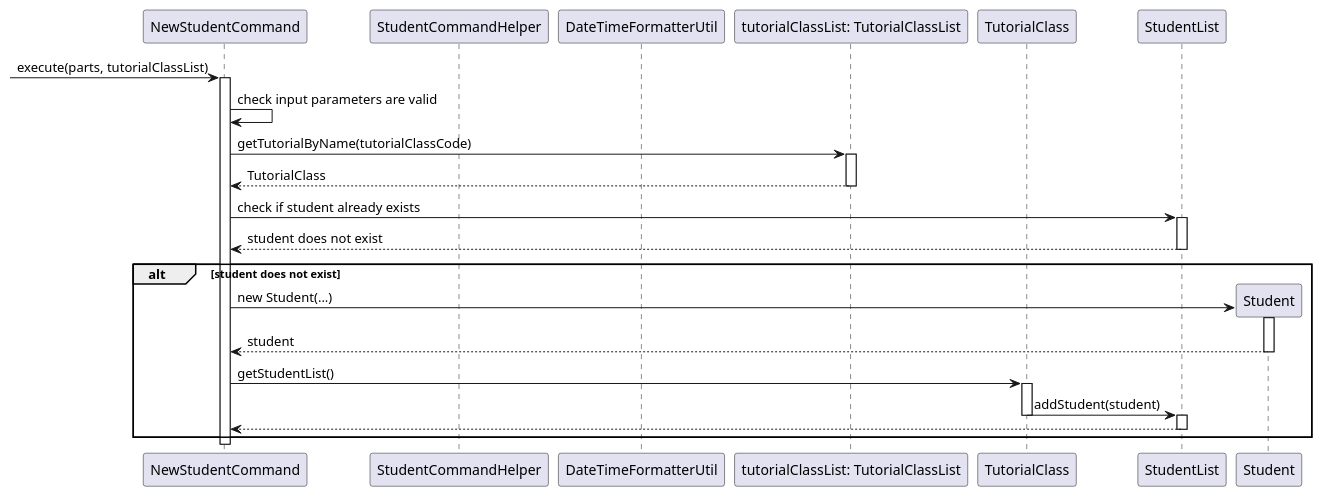
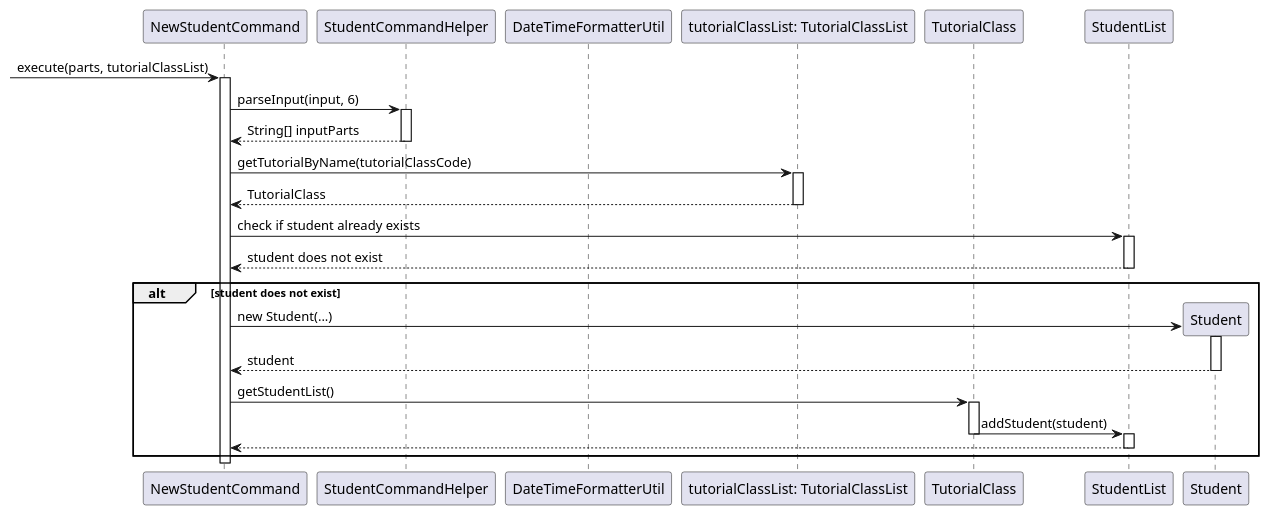
The diagram in docs/diagrams/studentcommands/NewStudentCommandSequenceDiagram.puml (wongyihao02/tp), drawn with PlantUML before and after one commit. The commit also changed 22 other files, not shown here.

Commit message:
Update sequence diagrams in DG

```diff
--- a/docs/diagrams/studentcommands/NewStudentCommandSequenceDiagram.puml
+++ b/docs/diagrams/studentcommands/NewStudentCommandSequenceDiagram.puml
@@ -1,46 +1,49 @@
 @startuml
 
 participant "NewStudentCommand" as NSC
 participant "StudentCommandHelper" as Helper
 participant "DateTimeFormatterUtil" as DateUtil
 participant "tutorialClassList: TutorialClassList" as TCL
 participant "TutorialClass" as TC
 participant "StudentList" as SL
 participant "Student" as S
 
 -> NSC: execute(parts, tutorialClassList)
 activate NSC
 
-NSC -> NSC: check input parameters are valid
+NSC -> Helper: parseInput(input, 6)
+activate Helper
+Helper --> NSC: String[] inputParts
+deactivate Helper
 
 NSC -> TCL: getTutorialByName(tutorialClassCode)
 activate TCL
 TCL --> NSC: TutorialClass
 deactivate TCL
 
 
 NSC -> SL: check if student already exists
 activate SL
 SL --> NSC: student does not exist
 deactivate SL
 
 alt student does not exist
     create S
     NSC -> S: new Student(...)
     activate S
     S --> NSC: student
     deactivate S
 
     NSC -> TC: getStudentList()
     activate TC
     TC -> SL: addStudent(student)
     deactivate TC
     activate SL
     SL --> NSC:
     deactivate SL
 
 
 end
 
 deactivate NSC
 @enduml
```
